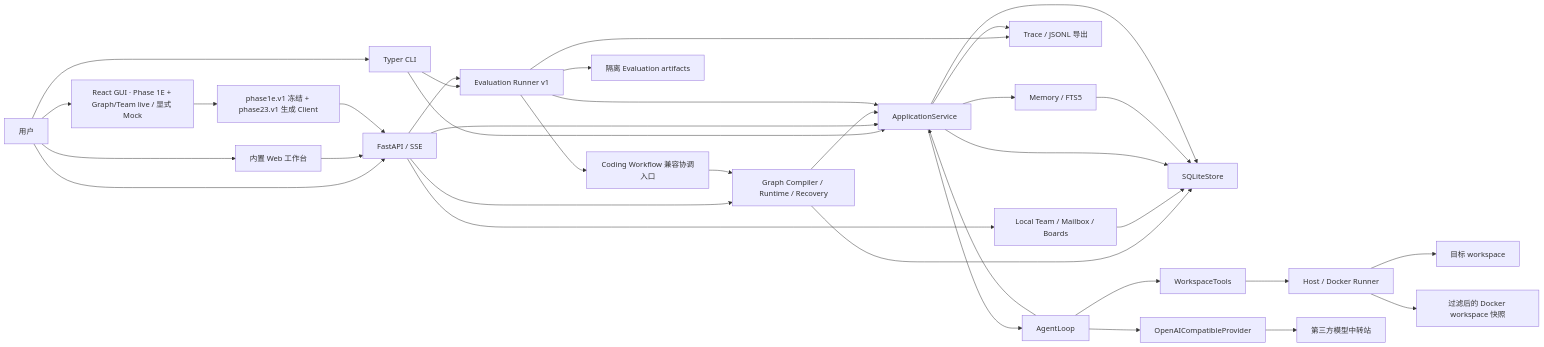
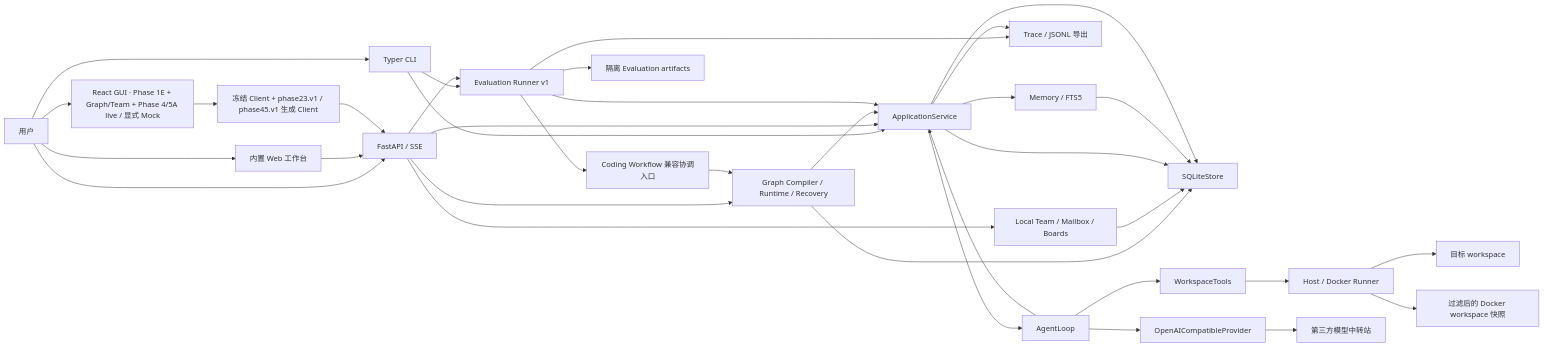
One commit to PinelliaChill/Operant changed the first of 4 diagrams in docs/PROJECT_ARCHITECTURE.md. Above: the diagram before and after it, drawn with Mermaid. The commit also changed other lines of this file and 13 other files, not shown here.

Commit message:
feat(gui): connect phase45 security and extensions

````diff
--- a/docs/PROJECT_ARCHITECTURE.md
+++ b/docs/PROJECT_ARCHITECTURE.md
@@ -193,60 +199,60 @@
 ```mermaid
 flowchart LR
     User["用户"]
     CLI["Typer CLI"]
     API["FastAPI / SSE"]
     Web["内置 Web 工作台"]
-    GUI["React GUI · Phase 1E + Graph/Team live / 显式 Mock"]
-    SDK["phase1e.v1 冻结 + phase23.v1 生成 Client"]
+    GUI["React GUI · Phase 1E + Graph/Team + Phase 4/5A live / 显式 Mock"]
+    SDK["冻结 Client + phase23.v1 / phase45.v1 生成 Client"]
     Graph["Graph Compiler / Runtime / Recovery"]
     Team["Local Team / Mailbox / Boards"]
     Workflow["Coding Workflow 兼容协调入口"]
     Evaluation["Evaluation Runner v1"]
     Service["ApplicationService"]
     Store["SQLiteStore"]
     Trace["Trace / JSONL 导出"]
     Memory["Memory / FTS5"]
     Loop["AgentLoop"]
     Provider["OpenAICompatibleProvider"]
     Tools["WorkspaceTools"]
     Runner["Host / Docker Runner"]
     Snapshot["过滤后的 Docker workspace 快照"]
     Relay["第三方模型中转站"]
     Workspace["目标 workspace"]
     Artifacts["隔离 Evaluation artifacts"]
 
     User --> CLI
     User --> API
     User --> Web
     User --> GUI
     Web --> API
     GUI --> SDK
     SDK --> API
     API --> Graph
     API --> Team
     CLI --> Service
     API --> Service
     Workflow --> Graph
     Graph --> Service
     Graph --> Store
     Team --> Store
     CLI --> Evaluation
     API --> Evaluation
     Evaluation --> Service
     Evaluation --> Workflow
     Evaluation --> Trace
     Evaluation --> Artifacts
     Service --> Store
     Service --> Trace
     Service --> Memory
     Memory --> Store
     Service --> Loop
     Loop --> Provider
     Provider --> Relay
     Loop --> Tools
     Tools --> Runner
     Runner --> Workspace
     Runner --> Snapshot
     Loop --> Service
     Service --> Store
 ```
````
